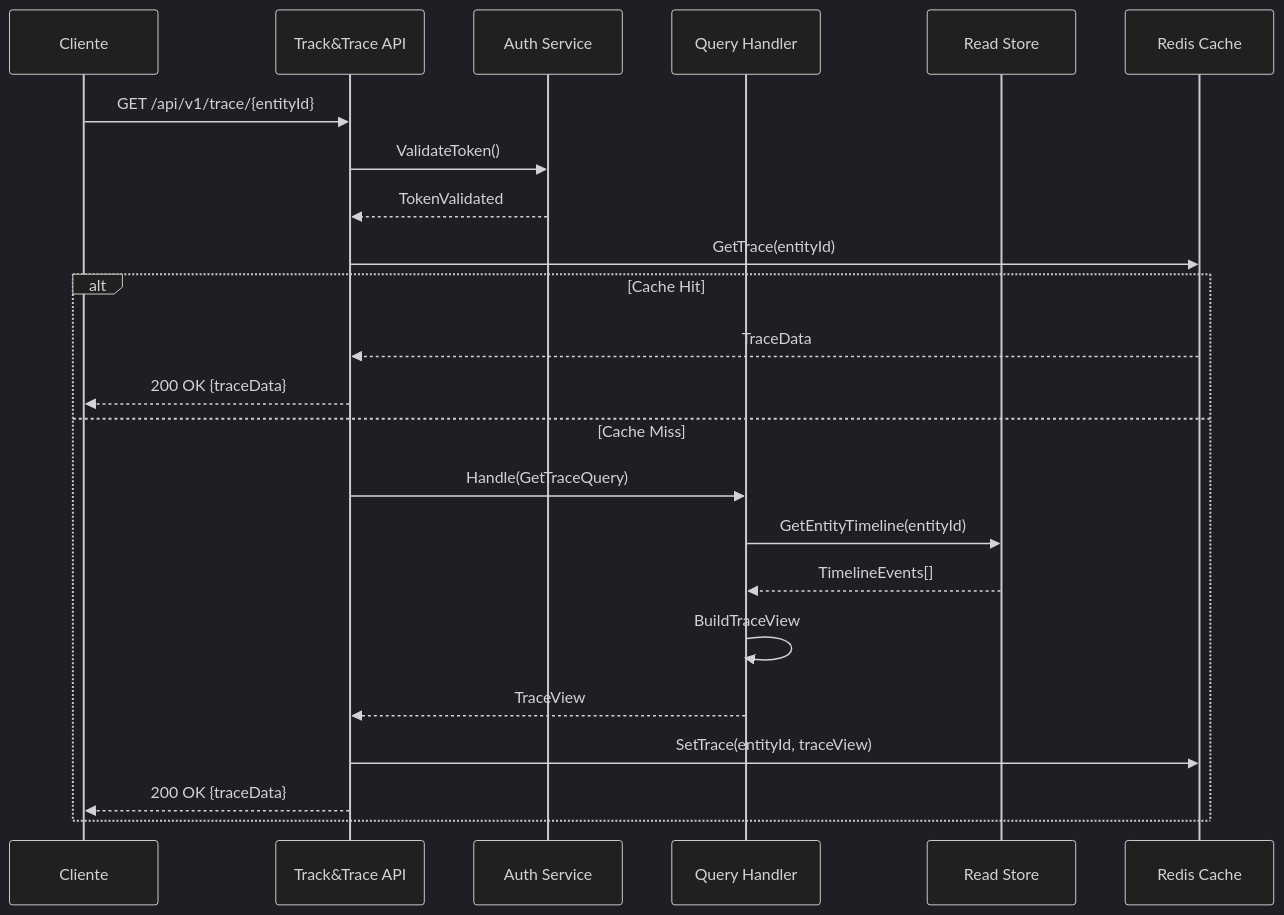
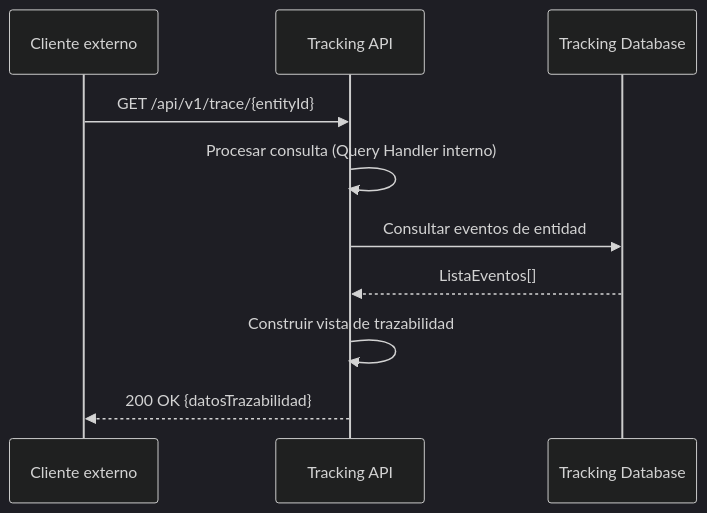
Before and after one commit to jclemente-tlm/tlm-arq-servicios-corporativos: the second of 2 diagrams in docs/servicio-track-trace/06-vista-tiempo-ejecucion.md, drawn with Mermaid (dark theme). The commit also changed other lines of this file and 37 other files, not shown here.

````diff
--- a/docs/servicio-track-trace/06-vista-tiempo-ejecucion.md
+++ b/docs/servicio-track-trace/06-vista-tiempo-ejecucion.md
@@ -56,27 +53,13 @@
 ```mermaid
 sequenceDiagram
-    participant Client as Cliente
-    participant API as Track&Trace API
-    participant Auth as Auth Service
-    participant QueryHandler as Query Handler
-    participant ReadStore as Read Store
-    participant Cache as Redis Cache
+    participant Cliente as Cliente externo
+    participant API as Tracking API
+    participant BD as Tracking Database
 
-    Client->>API: GET /api/v1/trace/{entityId}
-    API->>Auth: ValidateToken()
-    Auth-->>API: TokenValidated
-
-    API->>Cache: GetTrace(entityId)
-    alt Cache Hit
-        Cache-->>API: TraceData
-        API-->>Client: 200 OK {traceData}
-    else Cache Miss
-        API->>QueryHandler: Handle(GetTraceQuery)
-        QueryHandler->>ReadStore: GetEntityTimeline(entityId)
-        ReadStore-->>QueryHandler: TimelineEvents[]
-        QueryHandler->>QueryHandler: BuildTraceView
-        QueryHandler-->>API: TraceView
-        API->>Cache: SetTrace(entityId, traceView)
-        API-->>Client: 200 OK {traceData}
-    end
+    Cliente->>API: GET /api/v1/trace/{entityId}
+    API->>API: Procesar consulta (Query Handler interno)
+    API->>BD: Consultar eventos de entidad
+    BD-->>API: ListaEventos[]
+    API->>API: Construir vista de trazabilidad
+    API-->>Cliente: 200 OK {datosTrazabilidad}
 ```
````
